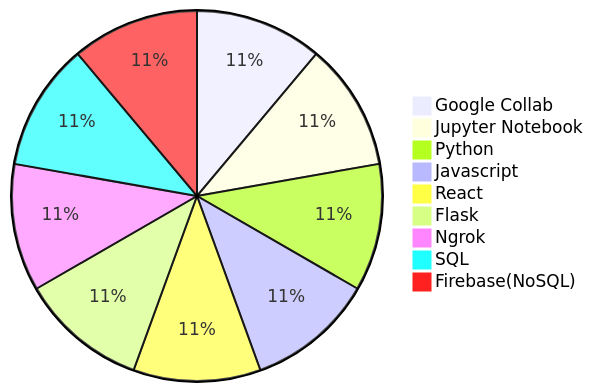
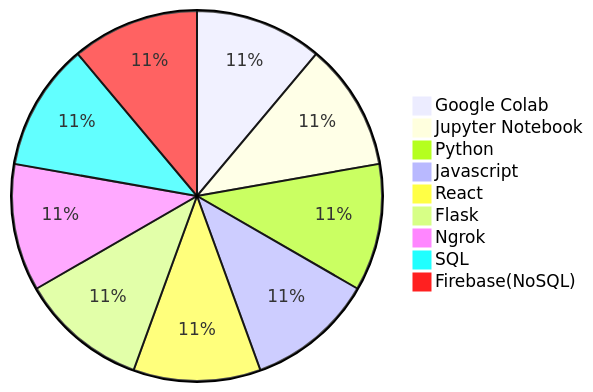
The second of 2 diagrams in README.md (SauloCandeira/SauloCandeira), drawn with Mermaid before and after one commit. The commit also changed other lines of this file, not shown here.

````diff
--- a/README.md
+++ b/README.md
@@ -78,12 +78,12 @@
 ```mermaid
 pie
-"Google Collab" : 11
+"Google Colab" : 11
 "Jupyter Notebook" : 11
 "Python" : 11
 "Javascript" : 11
 "React" : 11
 "Flask" : 11
 "Ngrok" : 11
 "SQL" : 11
 "Firebase(NoSQL)" : 11
 ```
````
